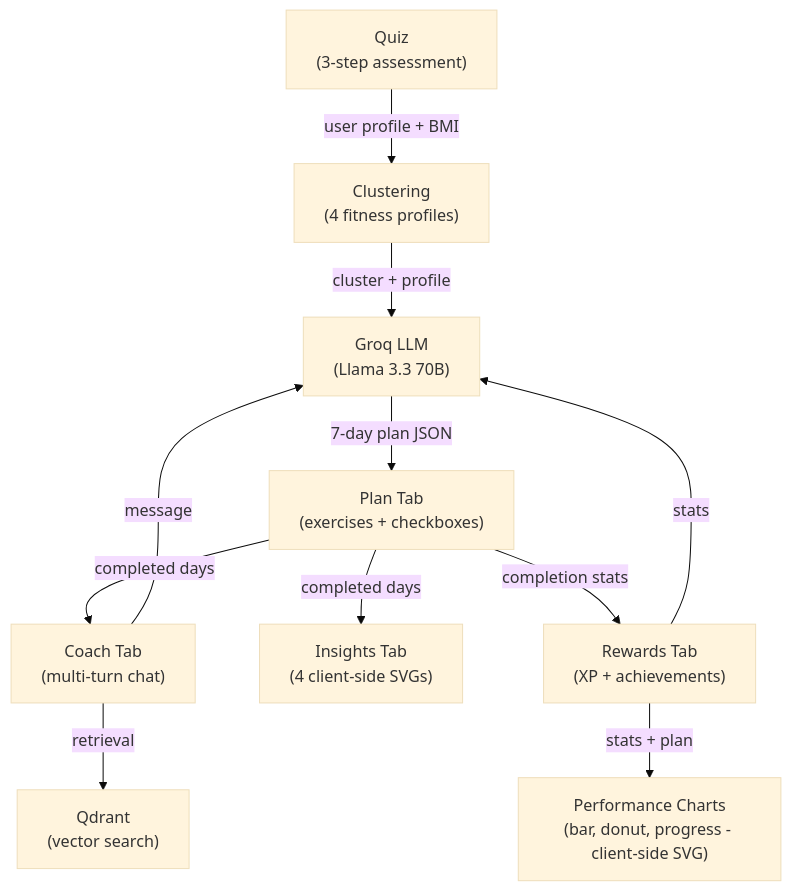
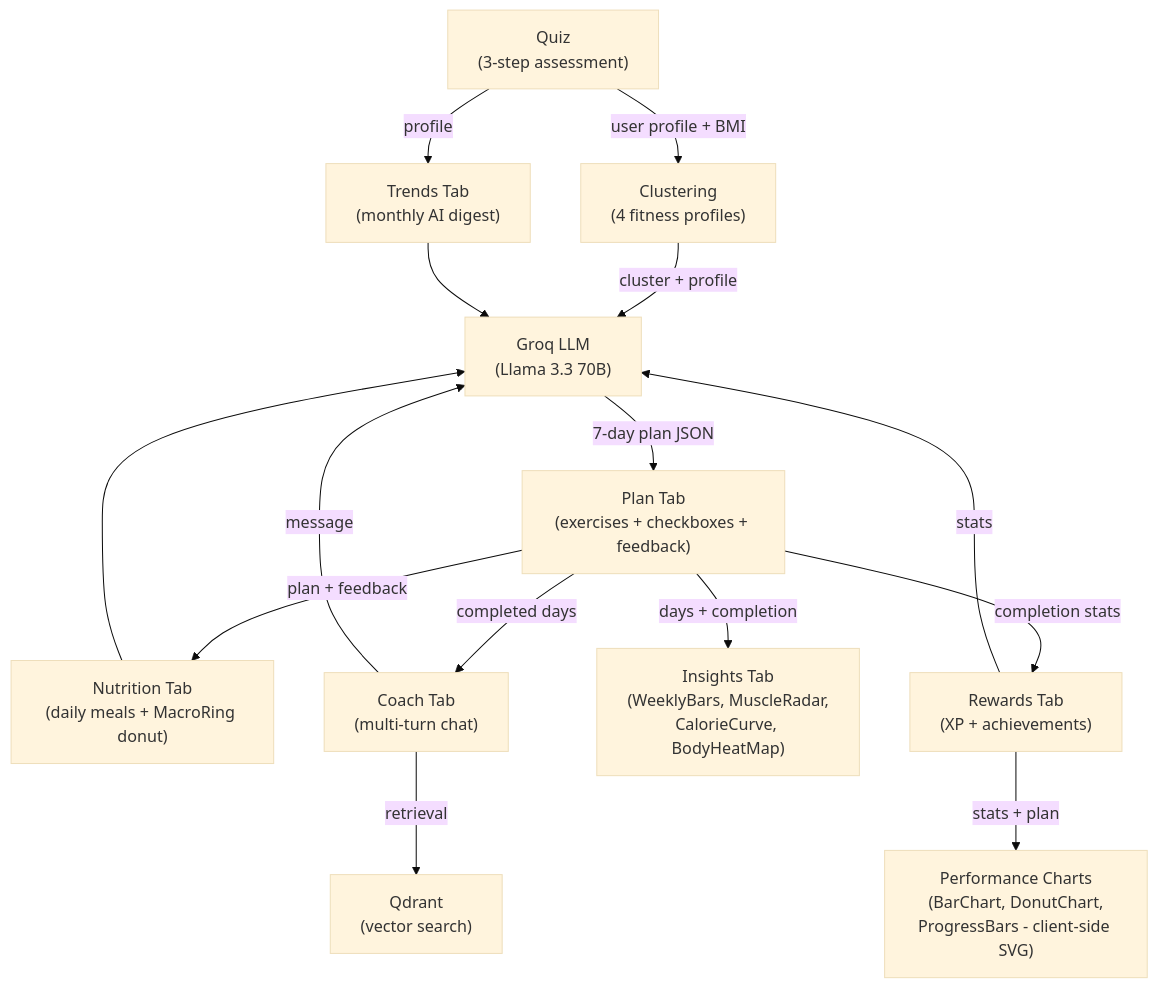
The second of 3 diagrams in README.md (MatteoGuardamagna4/react-app), drawn with Mermaid (base theme) before and after one commit. The commit also changed other lines of this file, not shown here.

````diff
--- a/README.md
+++ b/README.md
@@ -79,13 +87,17 @@
 ```mermaid
 flowchart TD
   Q["Quiz\n(3-step assessment)"] -->|user profile + BMI| CL["Clustering\n(4 fitness profiles)"]
   CL -->|cluster + profile| LLM1["Groq LLM\n(Llama 3.3 70B)"]
-  LLM1 -->|7-day plan JSON| PLAN["Plan Tab\n(exercises + checkboxes)"]
+  LLM1 -->|7-day plan JSON| PLAN["Plan Tab\n(exercises + checkboxes + feedback)"]
+  PLAN -->|plan + feedback| NUT["Nutrition Tab\n(daily meals + MacroRing donut)"]
   PLAN -->|completed days| COACH["Coach Tab\n(multi-turn chat)"]
-  PLAN -->|completed days| INS["Insights Tab\n(4 client-side SVGs)"]
+  PLAN -->|days + completion| INS["Insights Tab\n(WeeklyBars, MuscleRadar,\nCalorieCurve, BodyHeatMap)"]
   PLAN -->|completion stats| REW["Rewards Tab\n(XP + achievements)"]
-  REW -->|stats + plan| CHARTS["Performance Charts\n(bar, donut, progress - client-side SVG)"]
+  REW -->|stats + plan| CHARTS["Performance Charts\n(BarChart, DonutChart,\nProgressBars - client-side SVG)"]
+  Q -->|profile| TRN["Trends Tab\n(monthly AI digest)"]
+  TRN --> LLM1
+  NUT --> LLM1
   COACH -->|message| LLM1
   COACH -->|retrieval| VS["Qdrant\n(vector search)"]
   REW -->|stats| LLM1
 ```
````
